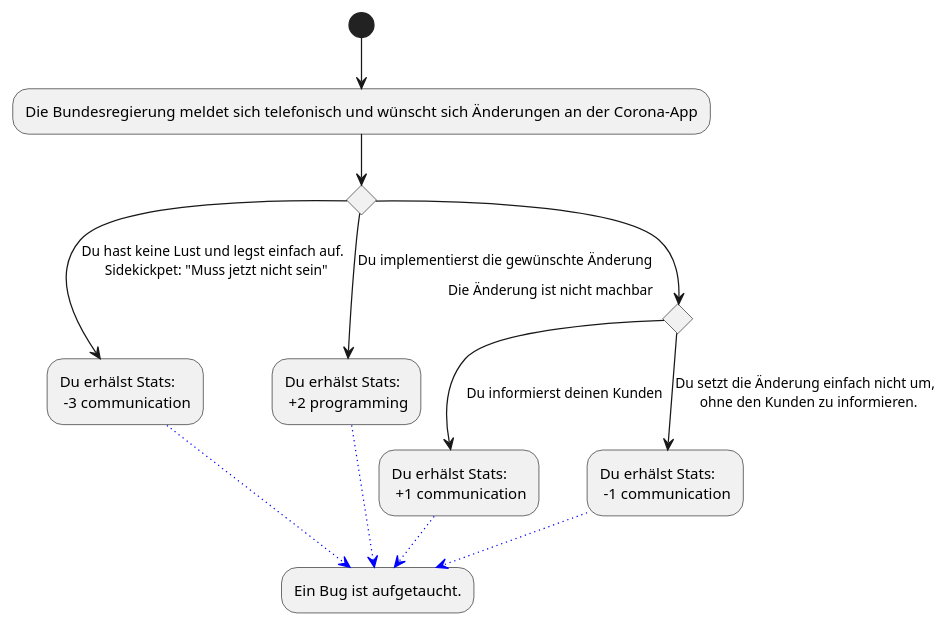
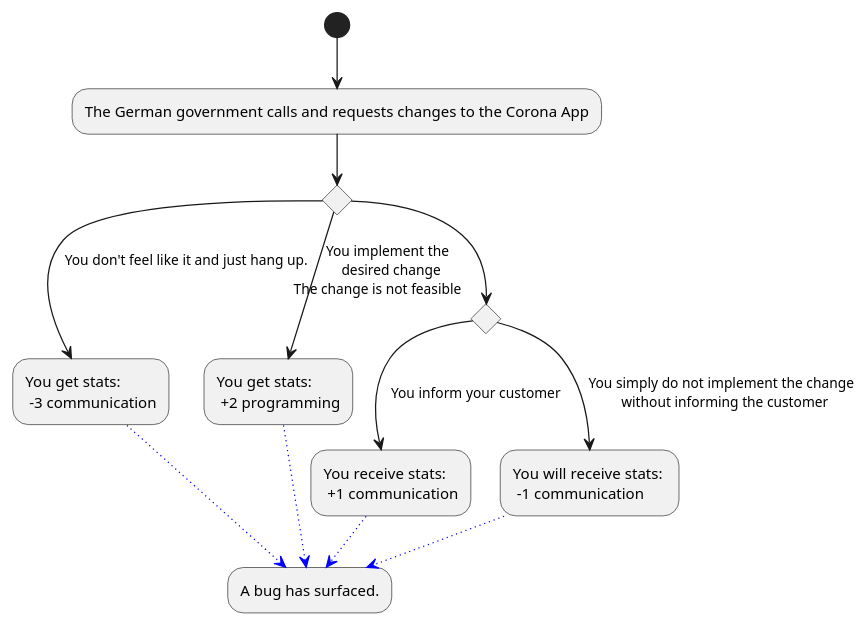
The diagram in Docs/Technical Specifications/docs/diagrams/StoryFlow/StoryFlow_Decision_11.puml (Brotenko/QualityQuest), drawn with PlantUML before and after one commit. The commit also changed 14 other files, not shown here.

```diff
--- a/Docs/Technical Specifications/docs/diagrams/StoryFlow/StoryFlow_Decision_11.puml
+++ b/Docs/Technical Specifications/docs/diagrams/StoryFlow/StoryFlow_Decision_11.puml
@@ -1,16 +1,16 @@
 @startuml
-(*) --> "Die Bundesregierung meldet sich telefonisch und wünscht sich Änderungen an der Corona-App" as app
+(*) --> "The German government calls and requests changes to the Corona App" as app
 if "" then 
---> [Du hast keine Lust und legst einfach auf. \n Sidekickpet: "Muss jetzt nicht sein"] "Du erhälst Stats: \n -3 communication" as a1
+--> [You don't feel like it and just hang up.] "You get stats: \n -3 communication" as a1
 else 
---> [Du implementierst die gewünschte Änderung] "Du erhälst Stats: \n +2 programming" as a2
+--> [You implement the \n desired change] "You get stats: \n +2 programming" as a2
 else
-if "Die Änderung ist nicht machbar"
---> [Du informierst deinen Kunden]  "Du erhälst Stats: \n +1 communication" as b1
+if "The change is not feasible"
+--> [You inform your customer] "You receive stats: \n +1 communication" as b1
 else 
---> [Du setzt die Änderung einfach nicht um, \n ohne den Kunden zu informieren.] "Du erhälst Stats: \n -1 communication"
--[#blue,dotted]-> "Ein Bug ist aufgetaucht." as bug 
+--> [You simply do not implement the change \n without informing the customer] "You will receive stats: \n -1 communication"
+-[#blue,dotted]-> "A bug has surfaced." as bug 
 a1 -[#blue,dotted]-> bug
 a2 -[#blue,dotted]-> bug
 b1 -[#blue,dotted]-> bug
 @enduml
```
